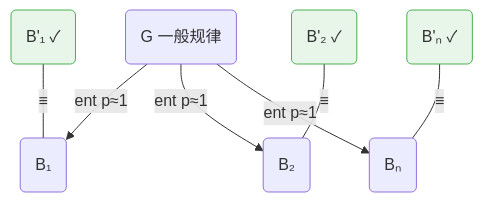
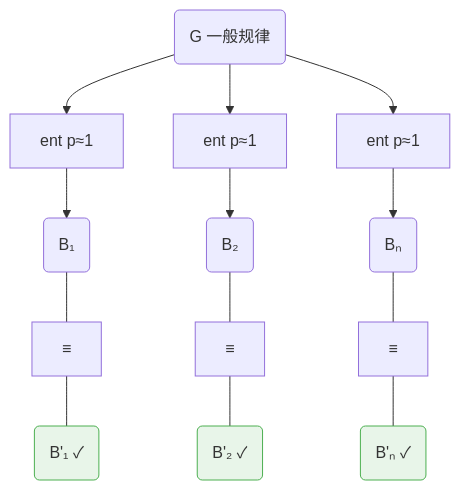
Before and after one commit to SiliconEinstein/Gaia: the second of 10 diagrams in docs/foundations/theory/science-formalization.md, drawn with Mermaid. The commit also changed other lines of this file, not shown here.

````diff
--- a/docs/foundations/theory/science-formalization.md
+++ b/docs/foundations/theory/science-formalization.md
@@ -82,12 +82,12 @@
 ```mermaid
 graph TD
-    G("G 一般规律") -->|"ent p≈1"| B1("B₁")
-    G -->|"ent p≈1"| B2("B₂")
-    G -->|"ent p≈1"| Bn("Bₙ")
-    Bp1("B'₁ ✓") ---|"≡"| B1
-    Bp2("B'₂ ✓") ---|"≡"| B2
-    Bpn("B'ₙ ✓") ---|"≡"| Bn
+    G("G 一般规律") --> f1["ent p≈1"] --> B1("B₁")
+    G --> f2["ent p≈1"] --> B2("B₂")
+    G --> fn["ent p≈1"] --> Bn("Bₙ")
+    B1 --- eq1["≡"] --- Bp1("B'₁ ✓")
+    B2 --- eq2["≡"] --- Bp2("B'₂ ✓")
+    Bn --- eqn["≡"] --- Bpn("B'ₙ ✓")
 
     classDef obs fill:#e8f5e9,stroke:#4caf50
     class Bp1,Bp2,Bpn obs
 ```
````
